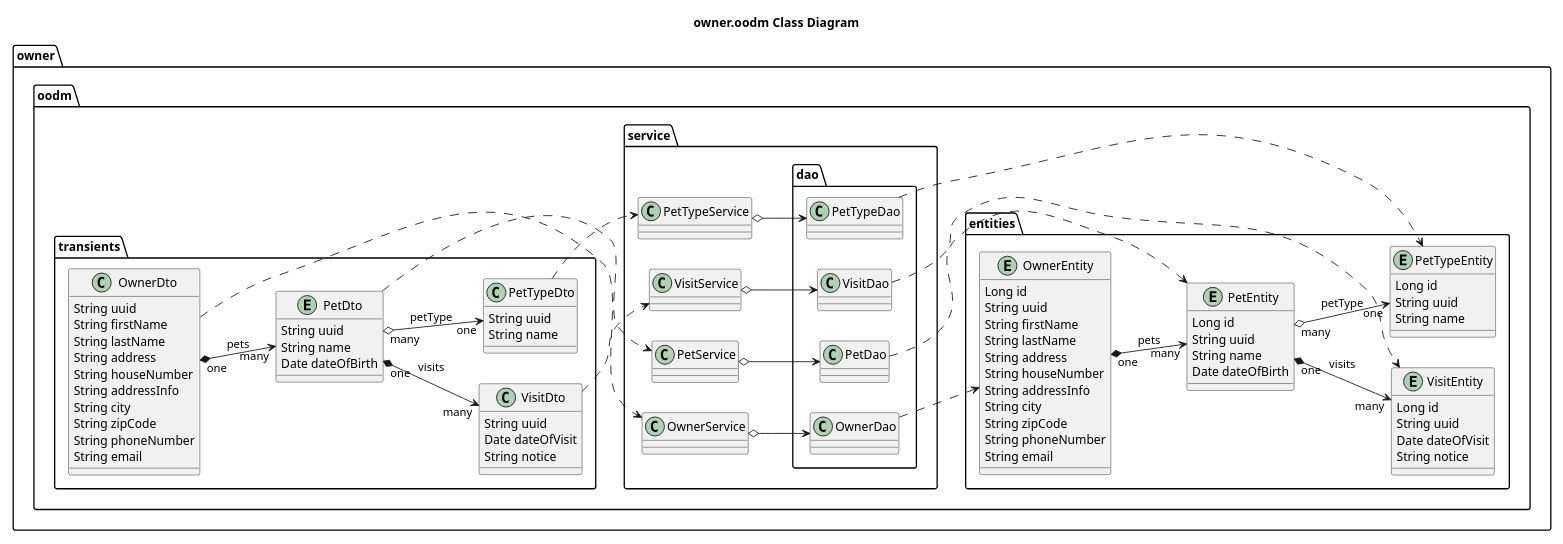
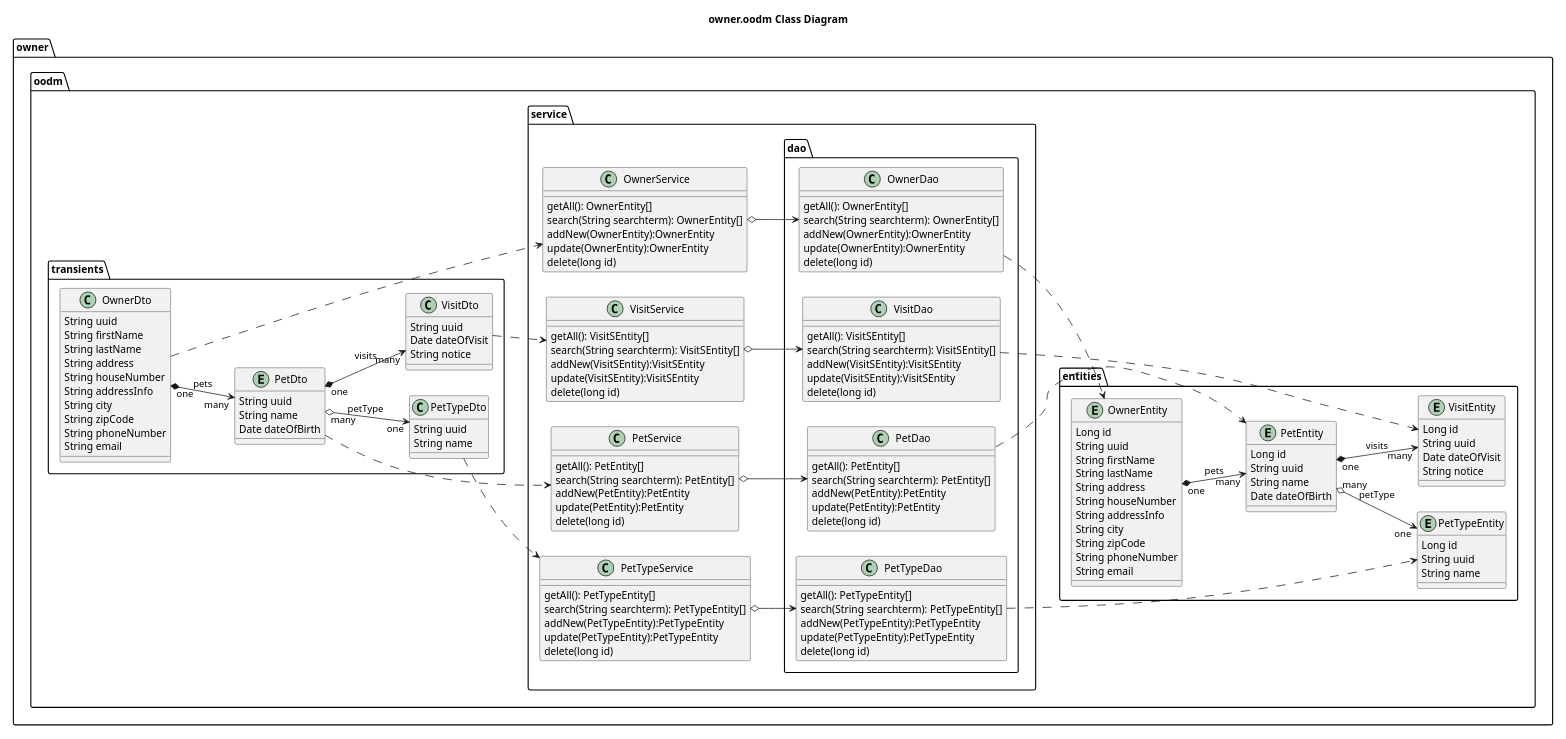
Before and after one commit to Jakarta-EE-Petclinic/petclinic-uml: the diagram in etc/puml/owner/DB__class.puml, drawn with PlantUML.

```diff
--- a/etc/puml/owner/DB__class.puml
+++ b/etc/puml/owner/DB__class.puml
@@ -1,138 +1,178 @@
 @startuml
 'https://plantuml.com/class-diagram
 
 title owner.oodm Class Diagram
 
 left to right direction
 ' top to bottom direction
 
 scale 1200 width
 
 package owner.oodm {
 
     package owner.oodm.entities {
 
         entity OwnerEntity {
             Long id
             String uuid
             String firstName
             String lastName
             String address
             String houseNumber
             String addressInfo
             String city
             String zipCode
             String phoneNumber
             String email
         }
 
         entity PetEntity {
             Long id
             String uuid
             String name
             Date dateOfBirth
         }
 
         entity VisitEntity {
             Long id
             String uuid
             Date dateOfVisit
             String notice
         }
 
         entity PetTypeEntity {
             Long id
             String uuid
             String name
         }
 
         OwnerEntity "one"  *--> "many"  PetEntity: pets
         PetEntity "one" *--> "many" VisitEntity: visits
         PetEntity "many"  o-->  "one" PetTypeEntity: petType
 
     }
 
     package owner.oodm.service {
 
         class OwnerService {
+            getAll(): OwnerEntity[]
+            search(String searchterm): OwnerEntity[]
+            addNew(OwnerEntity):OwnerEntity
+            update(OwnerEntity):OwnerEntity
+            delete(long id)
+        }
+
+        class PetTypeService {
+            getAll(): PetTypeEntity[]
+            search(String searchterm): PetTypeEntity[]
+            addNew(PetTypeEntity):PetTypeEntity
+            update(PetTypeEntity):PetTypeEntity
+            delete(long id)
         }
 
         class PetService {
+            getAll(): PetEntity[]
+            search(String searchterm): PetEntity[]
+            addNew(PetEntity):PetEntity
+            update(PetEntity):PetEntity
+            delete(long id)
         }
 
         class VisitService {
-        }
-
-        class PetTypeService {
+            getAll(): VisitSEntity[]
+            search(String searchterm): VisitSEntity[]
+            addNew(VisitSEntity):VisitSEntity
+            update(VisitSEntity):VisitSEntity
+            delete(long id)
         }
 
         package owner.oodm.service.dao {
 
             class OwnerDao {
+                getAll(): OwnerEntity[]
+                search(String searchterm): OwnerEntity[]
+                addNew(OwnerEntity):OwnerEntity
+                update(OwnerEntity):OwnerEntity
+                delete(long id)
+            }
+
+            class PetTypeDao {
+                getAll(): PetTypeEntity[]
+                search(String searchterm): PetTypeEntity[]
+                addNew(PetTypeEntity):PetTypeEntity
+                update(PetTypeEntity):PetTypeEntity
+                delete(long id)
             }
 
             class PetDao {
+                getAll(): PetEntity[]
+                search(String searchterm): PetEntity[]
+                addNew(PetEntity):PetEntity
+                update(PetEntity):PetEntity
+                delete(long id)
             }
 
             class VisitDao {
-            }
-
-            class PetTypeDao {
+                getAll(): VisitSEntity[]
+                search(String searchterm): VisitSEntity[]
+                addNew(VisitSEntity):VisitSEntity
+                update(VisitSEntity):VisitSEntity
+                delete(long id)
             }
 
             OwnerDao ..> OwnerEntity
             PetDao ..> PetEntity
             PetTypeDao ..> PetTypeEntity
             VisitDao ..> VisitEntity
         }
 
         OwnerService o--> OwnerDao
         PetService o--> PetDao
         PetTypeService o--> PetTypeDao
         VisitService o--> VisitDao
     }
 
     package owner.oodm.transients {
 
         class OwnerDto {
             String uuid
             String firstName
             String lastName
             String address
             String houseNumber
             String addressInfo
             String city
             String zipCode
             String phoneNumber
             String email
         }
 
         entity PetDto {
             String uuid
             String name
             Date dateOfBirth
         }
 
         class PetTypeDto {
             String uuid
             String name
         }
 
         class VisitDto {
             String uuid
             Date dateOfVisit
             String notice
         }
 
         OwnerDto "one"  *--> "many"  PetDto: pets
         PetDto "one" *--> "many" VisitDto: visits
         PetDto "many"  o-->  "one" PetTypeDto: petType
 
         OwnerDto ..> OwnerService
         PetDto ..> PetService
         VisitDto ..> VisitService
         PetTypeDto  ..> PetTypeService
     }
 }
 
 @enduml
```
